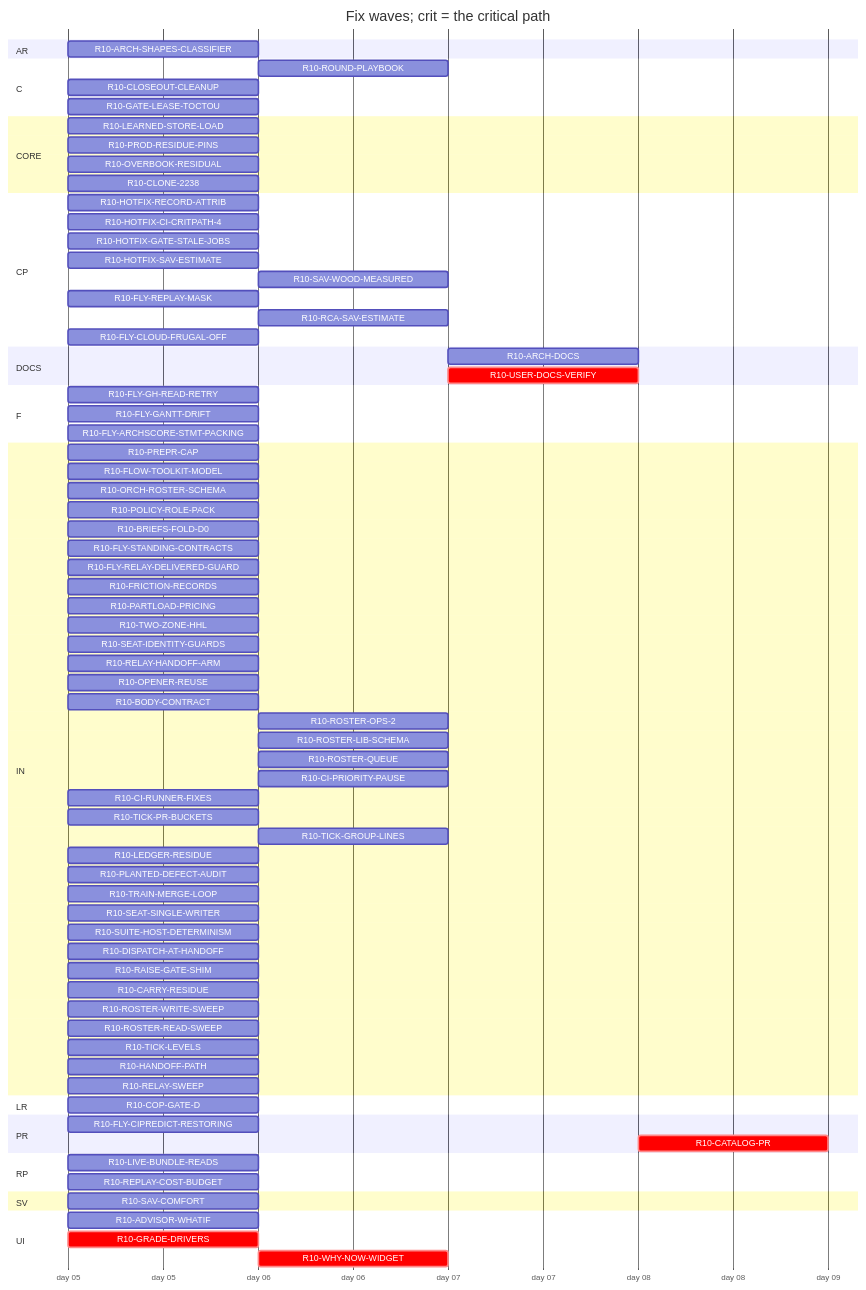
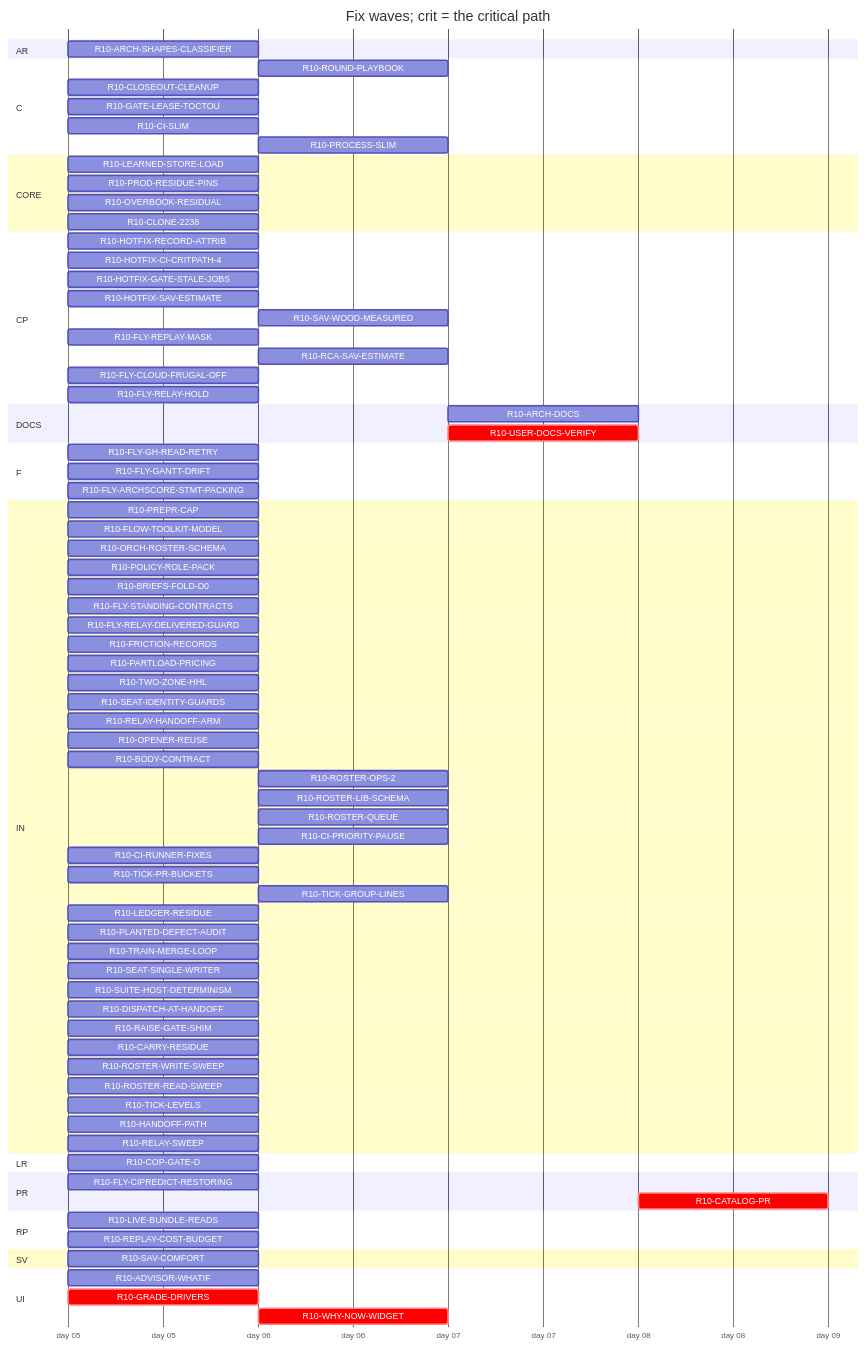
One commit to tvofi/heatpump_optimizer changed the diagram in handoff/round10/state/PLAN-TABLE.md. Above: the diagram before and after it, drawn with Mermaid. The commit also changed other lines of this file and 4 other files, not shown here.

Commit message:
state: FLOW-BOARD.md, NEXT-SESSION-PROMPT.md, PLAN-TABLE.md, PLAN.html, RESUME-CURRENT.md regenerated (state_docs.py)

```diff
--- a/handoff/round10/state/PLAN-TABLE.md
+++ b/handoff/round10/state/PLAN-TABLE.md
@@ -33,6 +33,8 @@
     R10-ROUND-PLAYBOOK :r10ROUNDPLAYBOOK, after r10PREPRCAP r10HANDOFFPATH r10RELAYSWEEP r10TRAINMERGELOOP r10DISPATCHATHANDOFF r10BODYCONTRACT r10TICKLEVELS r10CIPRIORITYPAUSE r10ROSTERWRITESWEEP r10ROSTERREADSWEEP r10FLYSTANDINGCONTRACTS r10POLICYROLEPACK r10FRICTIONRECORDS r10FLOWTOOLKITMODEL r10SEATIDENTITYGUARDS r10LEDGERRESIDUE r10CIRUNNERFIXES r10FLYCIPREDICTRESTORING r10RAISEGATESHIM r10PLANTEDDEFECTAUDIT r10FLYGHREADRETRY r10SUITEHOSTDETERMINISM, 1d
     R10-CLOSEOUT-CLEANUP :r10CLOSEOUTCLEANUP, 2026-01-05, 1d
     R10-GATE-LEASE-TOCTOU :r10GATELEASETOCTOU, 2026-01-05, 1d
+    R10-CI-SLIM :r10CISLIM, 2026-01-05, 1d
+    R10-PROCESS-SLIM :r10PROCESSSLIM, after r10CISLIM, 1d
   section CORE
     R10-LEARNED-STORE-LOAD :r10LEARNEDSTORELOAD, 2026-01-05, 1d
     R10-PROD-RESIDUE-PINS :r10PRODRESIDUEPINS, 2026-01-05, 1d
@@ -47,6 +49,7 @@
     R10-FLY-REPLAY-MASK :r10FLYREPLAYMASK, 2026-01-05, 1d
     R10-RCA-SAV-ESTIMATE :r10RCASAVESTIMATE, after r10HOTFIXSAVESTIMATE, 1d
     R10-FLY-CLOUD-FRUGAL-OFF :r10FLYCLOUDFRUGALOFF, 2026-01-05, 1d
+    R10-FLY-RELAY-HOLD :r10FLYRELAYHOLD, 2026-01-05, 1d
   section DOCS
     R10-ARCH-DOCS :r10ARCHDOCS, after r10CARRYRESIDUE r10OVERBOOKRESIDUAL r10CLONE2238 r10SAVCOMFORT r10COPGATED r10GRADEDRIVERS r10WHYNOWWIDGET r10PARTLOADPRICING r10TWOZONEHHL r10ARCHSHAPESCLASSIFIER r10ADVISORWHATIF r10LEARNEDSTORELOAD r10PRODRESIDUEPINS r10LIVEBUNDLEREADS r10REPLAYCOSTBUDGET r10PREPRCAP r10HANDOFFPATH r10RELAYSWEEP r10TRAINMERGELOOP r10DISPATCHATHANDOFF r10BODYCONTRACT r10TICKLEVELS r10CIPRIORITYPAUSE r10ROSTERWRITESWEEP r10ROSTERREADSWEEP r10FLYSTANDINGCONTRACTS r10POLICYROLEPACK r10FRICTIONRECORDS r10FLOWTOOLKITMODEL r10SEATIDENTITYGUARDS r10LEDGERRESIDUE r10CIRUNNERFIXES r10FLYCIPREDICTRESTORING r10RAISEGATESHIM r10PLANTEDDEFECTAUDIT r10FLYGHREADRETRY r10SUITEHOSTDETERMINISM, 1d
     R10-USER-DOCS-VERIFY :crit, r10USERDOCSVERIFY, after r10CARRYRESIDUE r10OVERBOOKRESIDUAL r10CLONE2238 r10SAVCOMFORT r10COPGATED r10GRADEDRIVERS r10WHYNOWWIDGET r10PARTLOADPRICING r10TWOZONEHHL r10ARCHSHAPESCLASSIFIER r10ADVISORWHATIF r10LEARNEDSTORELOAD r10PRODRESIDUEPINS r10LIVEBUNDLEREADS r10REPLAYCOSTBUDGET, 1d
```
